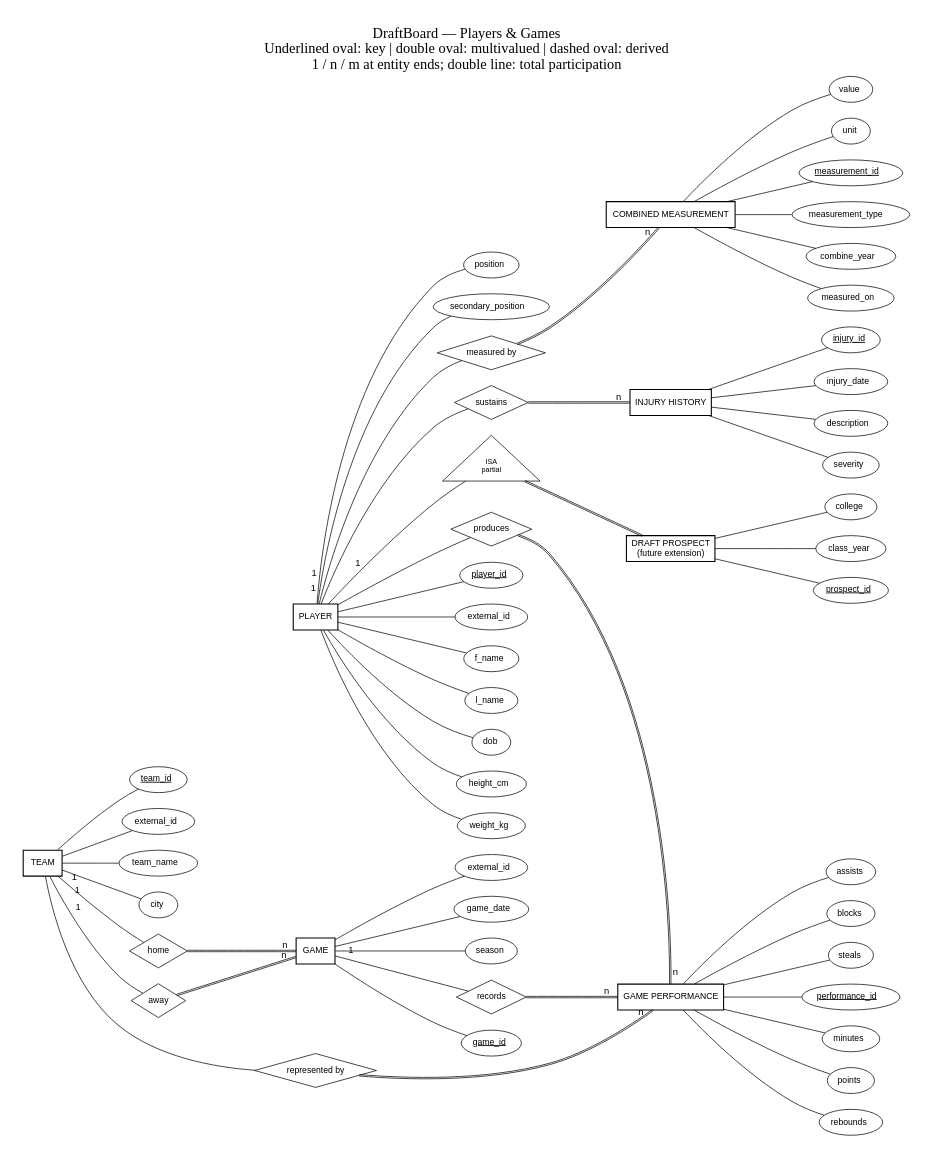
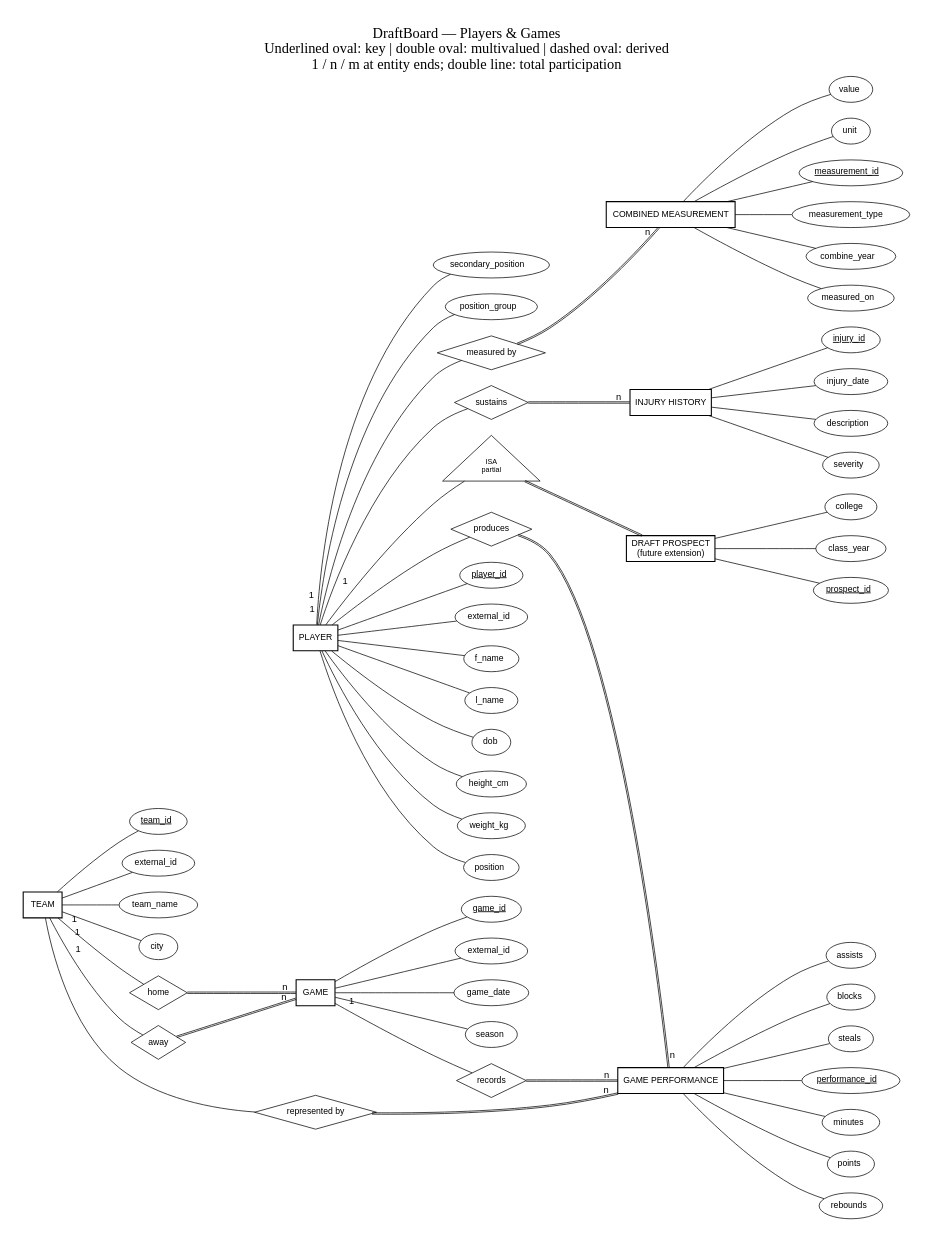
One commit to charanmahesh/nba-draft-database-system changed the diagram in docs/diagrams/er-players-games.dot. Above: the diagram before and after it, drawn with Graphviz. The commit also changed 31 other files, not shown here.

```diff
--- a/docs/diagrams/er-players-games.dot
+++ b/docs/diagrams/er-players-games.dot
@@ -1,110 +1,112 @@
 graph Chen {
 graph [rankdir=LR, overlap=false, splines=true, nodesep=0.3, ranksep=1.1, bgcolor="white", pad=0.35, label="DraftBoard — Players & Games\nUnderlined oval: key | double oval: multivalued | dashed oval: derived\n1 / n / m at entity ends; double line: total participation", labelloc=t, fontsize=20];
 node [fontname="Helvetica", fontsize=12, shape=box];
 edge [fontname="Helvetica", fontsize=13, dir=none, labeldistance=1.7];
 player [label="PLAYER", penwidth=1.5];
 player_player_id [shape=ellipse, label=<<U>player_id</U>>];
 player -- player_player_id [weight=2];
 player_external_id [shape=ellipse, label=<external_id>];
 player -- player_external_id [weight=2];
 player_f_name [shape=ellipse, label=<f_name>];
 player -- player_f_name [weight=2];
 player_l_name [shape=ellipse, label=<l_name>];
 player -- player_l_name [weight=2];
 player_dob [shape=ellipse, label=<dob>];
 player -- player_dob [weight=2];
 player_height_cm [shape=ellipse, label=<height_cm>];
 player -- player_height_cm [weight=2];
 player_weight_kg [shape=ellipse, label=<weight_kg>];
 player -- player_weight_kg [weight=2];
 player_position [shape=ellipse, label=<position>];
 player -- player_position [weight=2];
 player_secondary_position [shape=ellipse, label=<secondary_position>];
 player -- player_secondary_position [weight=2];
+player_position_group [shape=ellipse, label=<position_group>];
+player -- player_position_group [weight=2];
 draft_prospect [label="DRAFT PROSPECT\n(future extension)", penwidth=1.5];
 draft_prospect_prospect_id [shape=ellipse, label=<<U>prospect_id</U>>];
 draft_prospect -- draft_prospect_prospect_id [weight=2];
 draft_prospect_college [shape=ellipse, label=<college>];
 draft_prospect -- draft_prospect_college [weight=2];
 draft_prospect_class_year [shape=ellipse, label=<class_year>];
 draft_prospect -- draft_prospect_class_year [weight=2];
 combined_measurement [label="COMBINED MEASUREMENT", penwidth=1.5];
 combined_measurement_measurement_id [shape=ellipse, label=<<U>measurement_id</U>>];
 combined_measurement -- combined_measurement_measurement_id [weight=2];
 combined_measurement_measurement_type [shape=ellipse, label=<measurement_type>];
 combined_measurement -- combined_measurement_measurement_type [weight=2];
 combined_measurement_combine_year [shape=ellipse, label=<combine_year>];
 combined_measurement -- combined_measurement_combine_year [weight=2];
 combined_measurement_measured_on [shape=ellipse, label=<measured_on>];
 combined_measurement -- combined_measurement_measured_on [weight=2];
 combined_measurement_value [shape=ellipse, label=<value>];
 combined_measurement -- combined_measurement_value [weight=2];
 combined_measurement_unit [shape=ellipse, label=<unit>];
 combined_measurement -- combined_measurement_unit [weight=2];
 injury_history [label="INJURY HISTORY", penwidth=1.5];
 injury_history_injury_id [shape=ellipse, label=<<U>injury_id</U>>];
 injury_history -- injury_history_injury_id [weight=2];
 injury_history_injury_date [shape=ellipse, label=<injury_date>];
 injury_history -- injury_history_injury_date [weight=2];
 injury_history_description [shape=ellipse, label=<description>];
 injury_history -- injury_history_description [weight=2];
 injury_history_severity [shape=ellipse, label=<severity>];
 injury_history -- injury_history_severity [weight=2];
 team [label="TEAM", penwidth=1.5];
 team_team_id [shape=ellipse, label=<<U>team_id</U>>];
 team -- team_team_id [weight=2];
 team_external_id [shape=ellipse, label=<external_id>];
 team -- team_external_id [weight=2];
 team_team_name [shape=ellipse, label=<team_name>];
 team -- team_team_name [weight=2];
 team_city [shape=ellipse, label=<city>];
 team -- team_city [weight=2];
 game [label="GAME", penwidth=1.5];
 game_game_id [shape=ellipse, label=<<U>game_id</U>>];
 game -- game_game_id [weight=2];
 game_external_id [shape=ellipse, label=<external_id>];
 game -- game_external_id [weight=2];
 game_game_date [shape=ellipse, label=<game_date>];
 game -- game_game_date [weight=2];
 game_season [shape=ellipse, label=<season>];
 game -- game_season [weight=2];
 game_performance [label="GAME PERFORMANCE", penwidth=1.5];
 game_performance_performance_id [shape=ellipse, label=<<U>performance_id</U>>];
 game_performance -- game_performance_performance_id [weight=2];
 game_performance_minutes [shape=ellipse, label=<minutes>];
 game_performance -- game_performance_minutes [weight=2];
 game_performance_points [shape=ellipse, label=<points>];
 game_performance -- game_performance_points [weight=2];
 game_performance_rebounds [shape=ellipse, label=<rebounds>];
 game_performance -- game_performance_rebounds [weight=2];
 game_performance_assists [shape=ellipse, label=<assists>];
 game_performance -- game_performance_assists [weight=2];
 game_performance_blocks [shape=ellipse, label=<blocks>];
 game_performance -- game_performance_blocks [weight=2];
 game_performance_steals [shape=ellipse, label=<steals>];
 game_performance -- game_performance_steals [weight=2];
 r4 [shape=diamond,label="measured by",height=0.65];
 player -- r4 [taillabel="1",color="black", labeldistance=2.3, labelangle=35];
 r4 -- combined_measurement [headlabel="n",color="black:black"];
 r7 [shape=diamond,label="sustains",height=0.65];
 player -- r7 [taillabel="1",color="black", labeldistance=4.3, labelangle=35];
 r7 -- injury_history [headlabel="n",color="black:black"];
 r8 [shape=diamond,label="home",height=0.65];
 team -- r8 [taillabel="1",color="black", labeldistance=2.3, labelangle=35];
 r8 -- game [headlabel="n",color="black:black"];
 r9 [shape=diamond,label="away",height=0.65];
 team -- r9 [taillabel="1",color="black", labeldistance=4.3, labelangle=35];
 r9 -- game [headlabel="n",color="black:black"];
 r10 [shape=diamond,label="records",height=0.65];
 game -- r10 [taillabel="1",color="black", labeldistance=2.3, labelangle=35];
 r10 -- game_performance [headlabel="n",color="black:black"];
 r11 [shape=diamond,label="produces",height=0.65];
 player -- r11 [taillabel="1",color="black", labeldistance=6.3, labelangle=35];
 r11 -- game_performance [headlabel="n",color="black:black"];
 r12 [shape=diamond,label="represented by",height=0.65];
 team -- r12 [taillabel="1",color="black", labeldistance=6.3, labelangle=35];
 r12 -- game_performance [headlabel="n",color="black:black"];
 player_isa [shape=triangle,label="ISA\npartial",fontsize=10];
 player -- player_isa;
 player_isa -- draft_prospect [color="black:black"];
 }
```
